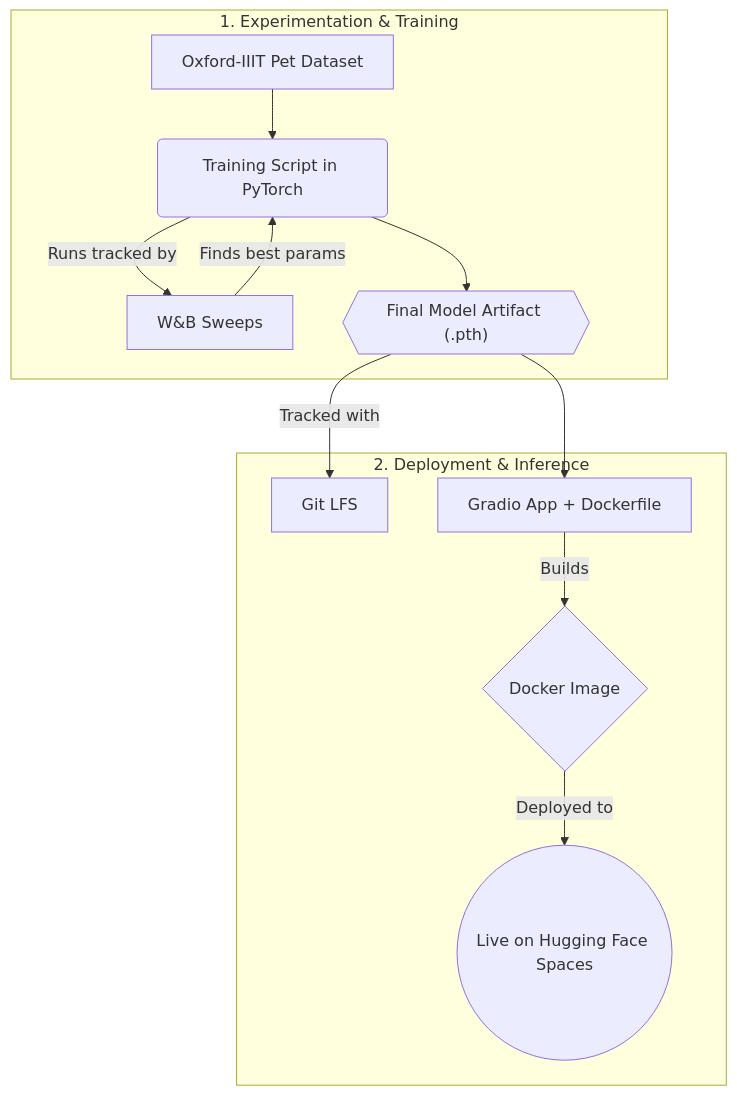
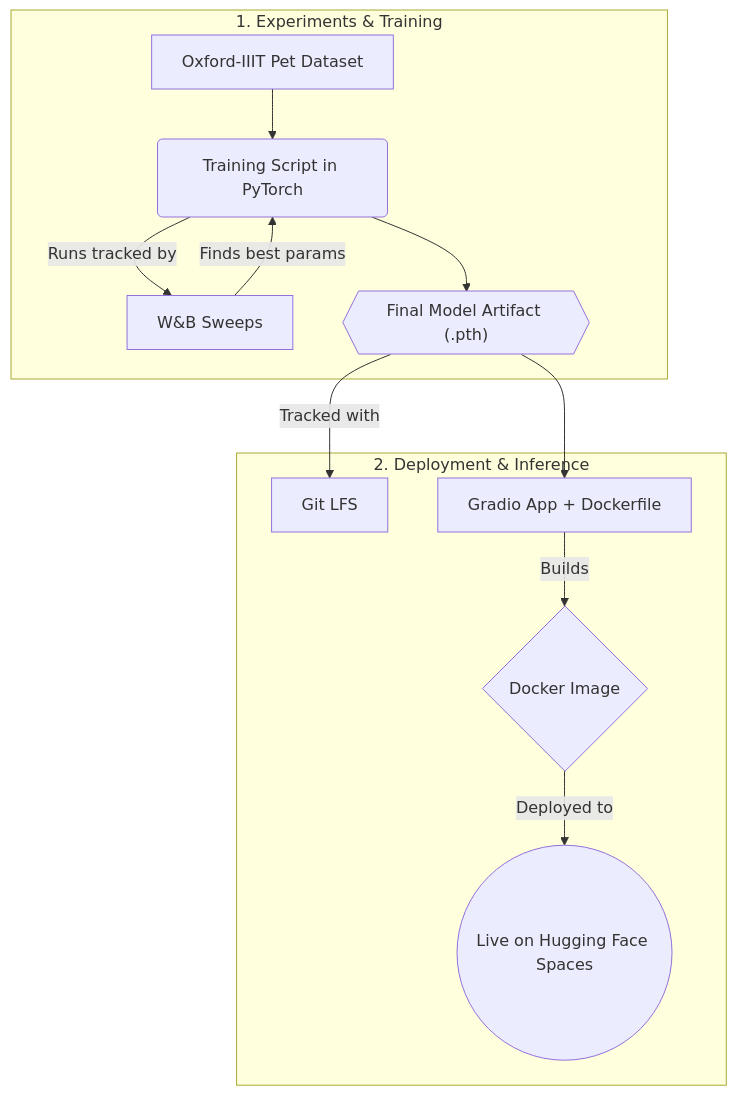
The diagram in README.md (nicdeluc/pet-breed-classifier), drawn with Mermaid before and after one commit.

Commit message:
Coorect title in architecture diagram

````diff
--- a/README.md
+++ b/README.md
@@ -54,16 +54,16 @@
 ```mermaid
 graph TD
-    subgraph "1. Experimentation & Training"
+    subgraph "1. Experiments & Training"
         A[Oxford-IIIT Pet Dataset] --> B(Training Script in PyTorch);
         B -- Runs tracked by --> C[W&B Sweeps];
         C -- Finds best params --> B;
         B --> D{{"Final Model Artifact (.pth)"}};
     end
 
     subgraph "2. Deployment & Inference"
         D -- Tracked with --> F[Git LFS];
         D --> E[Gradio App + Dockerfile];
         E -- Builds --> G{Docker Image};
         G -- Deployed to --> H((Live on Hugging Face Spaces));
     end
 ```
````
